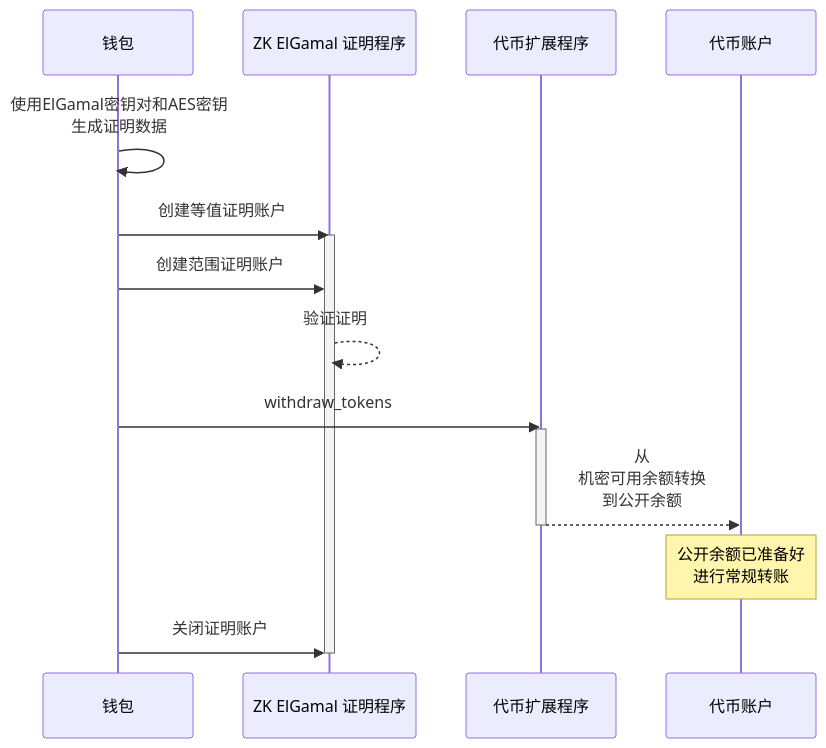
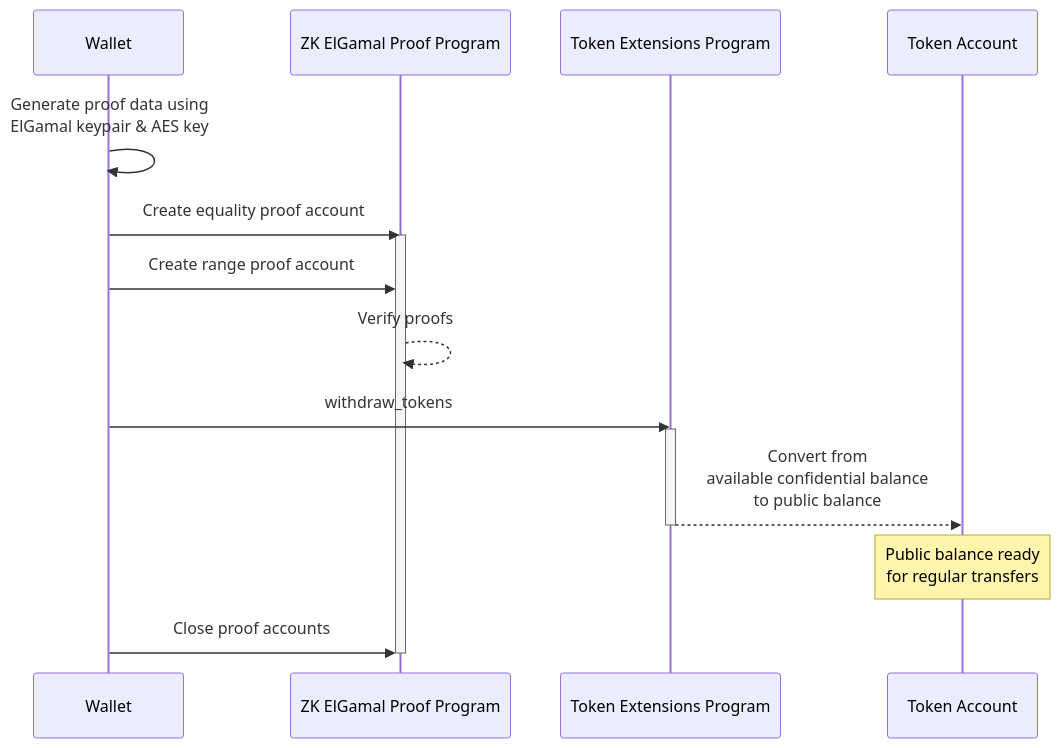
Before and after one commit to solana-foundation/solana-com: the diagram in content/docs/zh/tokens/extensions/confidential-transfer/withdraw-tokens.mdx, drawn with Mermaid. The commit also changed other lines of this file and 38 other files, not shown here.

````diff
--- a/content/docs/zh/tokens/extensions/confidential-transfer/withdraw-tokens.mdx
+++ b/content/docs/zh/tokens/extensions/confidential-transfer/withdraw-tokens.mdx
@@ -32,25 +32,25 @@
 ```mermaid title="Withdraw Tokens"
 sequenceDiagram
-    participant Owner as 钱包
-    participant ElGamal as ZK ElGamal 证明程序
-    participant Token22 as 代币扩展程序
-    participant TokenAccount as 代币账户
+    participant Owner as Wallet
+    participant ElGamal as ZK ElGamal Proof Program
+    participant Token22 as Token Extensions Program
+    participant TokenAccount as Token Account
 
 
-    Owner->>Owner: 使用ElGamal密钥对和AES密钥<br>生成证明数据
+    Owner->>Owner: Generate proof data using<br>ElGamal keypair & AES key
 
-    Owner->>ElGamal: 创建等值证明账户
+    Owner->>ElGamal: Create equality proof account
     activate ElGamal
-    Owner->>ElGamal: 创建范围证明账户
-    ElGamal-->>ElGamal: 验证证明
+    Owner->>ElGamal: Create range proof account
+    ElGamal-->>ElGamal: Verify proofs
 
     Owner->>Token22: withdraw_tokens
     activate Token22
-    Token22-->>TokenAccount: 从<br>机密可用余额转换<br>到公开余额
+    Token22-->>TokenAccount: Convert from <br> available confidential balance <br> to public balance
     deactivate Token22
 
-    Note over TokenAccount: 公开余额已准备好<br>进行常规转账
+    Note over TokenAccount: Public balance ready <br>for regular transfers
 
-    Owner->>ElGamal: 关闭证明账户
+    Owner->>ElGamal: Close proof accounts
     deactivate ElGamal
 ```
````
